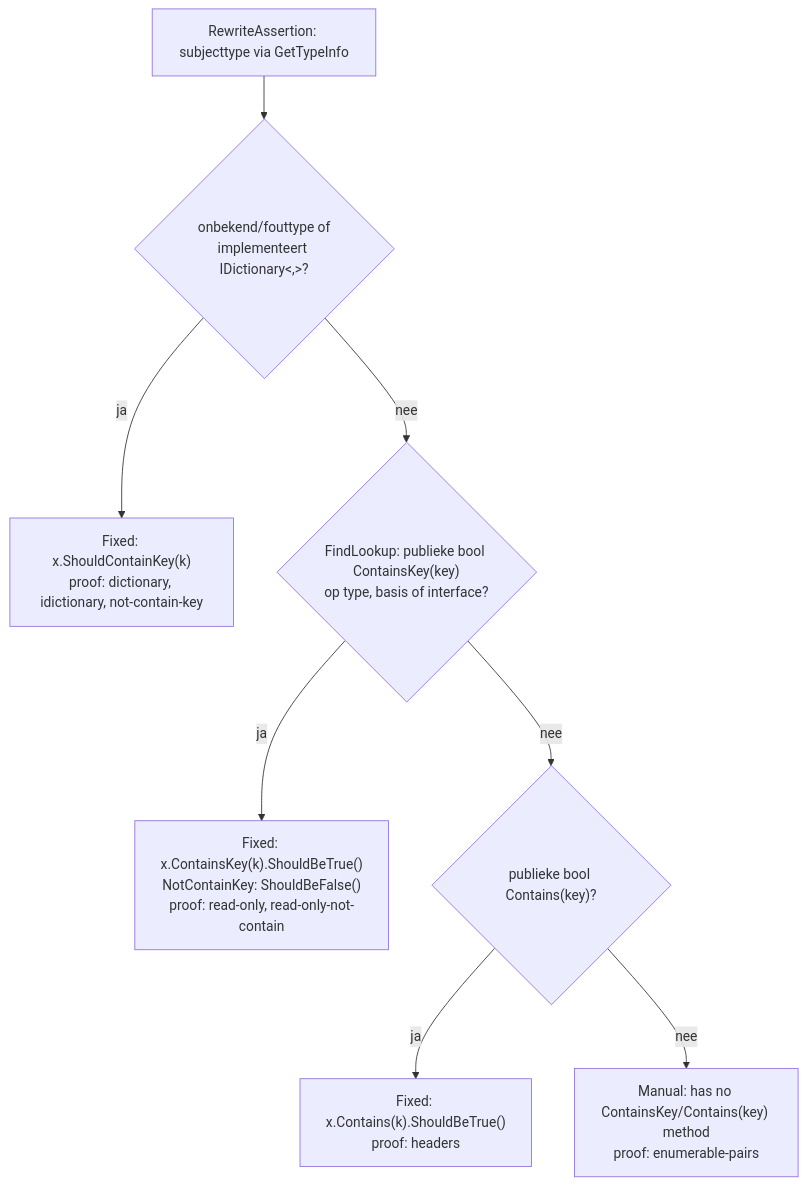
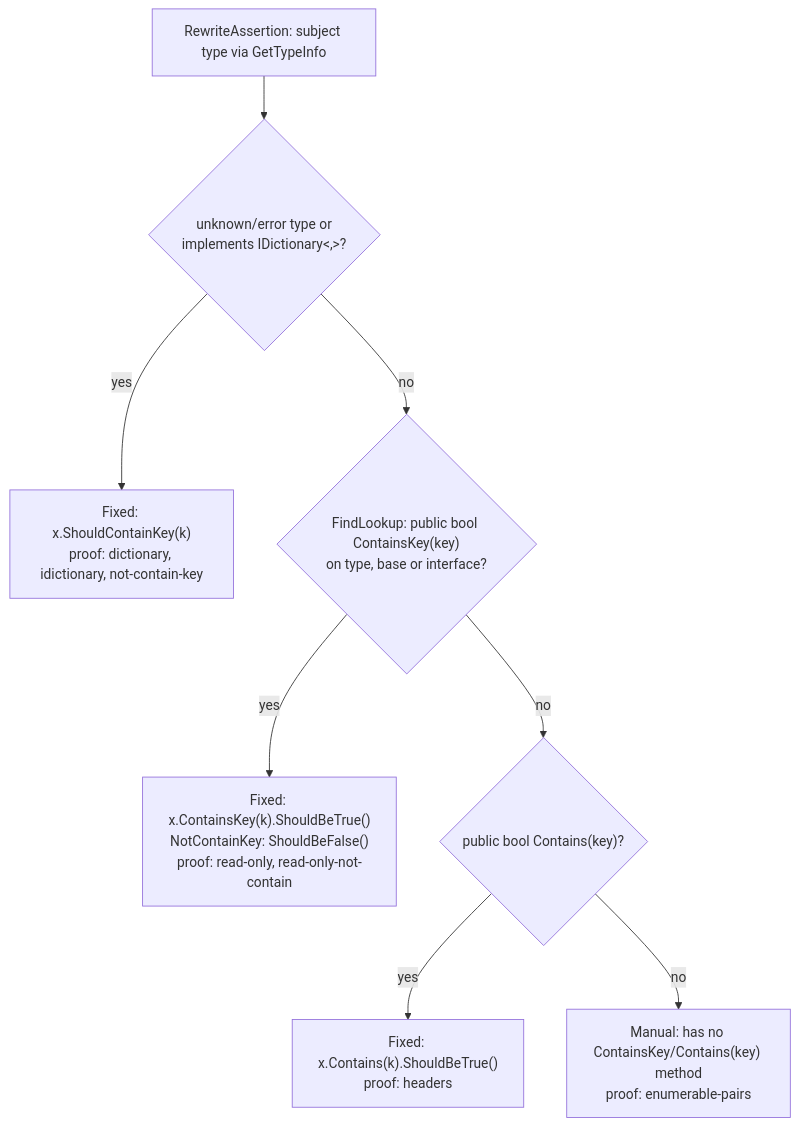
Before and after one commit to ATkingma/unshackle: the diagram in docs/projectinfo/patterns/fa-contain-key-modellen.md, drawn with Mermaid. The commit also changed other lines of this file and 415 other files, not shown here.

````diff
--- a/docs/projectinfo/patterns/fa-contain-key-modellen.md
+++ b/docs/projectinfo/patterns/fa-contain-key-modellen.md
@@ -61,10 +61,10 @@
 ```mermaid
 flowchart TD
-    A["RewriteAssertion: subjecttype via GetTypeInfo"] --> B{"onbekend/fouttype of<br/>implementeert IDictionary&lt;,&gt;?"}
-    B -- ja --> C["Fixed: x.ShouldContainKey(k)<br/>proof: dictionary, idictionary, not-contain-key"]
-    B -- nee --> D{"FindLookup: publieke bool ContainsKey(key)<br/>op type, basis of interface?"}
-    D -- ja --> E["Fixed: x.ContainsKey(k).ShouldBeTrue()<br/>NotContainKey: ShouldBeFalse()<br/>proof: read-only, read-only-not-contain"]
-    D -- nee --> F{"publieke bool Contains(key)?"}
-    F -- ja --> G["Fixed: x.Contains(k).ShouldBeTrue()<br/>proof: headers"]
-    F -- nee --> H["Manual: has no ContainsKey/Contains(key) method<br/>proof: enumerable-pairs"]
+    A["RewriteAssertion: subject type via GetTypeInfo"] --> B{"unknown/error type or<br/>implements IDictionary&lt;,&gt;?"}
+    B -- yes --> C["Fixed: x.ShouldContainKey(k)<br/>proof: dictionary, idictionary, not-contain-key"]
+    B -- no --> D{"FindLookup: public bool ContainsKey(key)<br/>on type, base or interface?"}
+    D -- yes --> E["Fixed: x.ContainsKey(k).ShouldBeTrue()<br/>NotContainKey: ShouldBeFalse()<br/>proof: read-only, read-only-not-contain"]
+    D -- no --> F{"public bool Contains(key)?"}
+    F -- yes --> G["Fixed: x.Contains(k).ShouldBeTrue()<br/>proof: headers"]
+    F -- no --> H["Manual: has no ContainsKey/Contains(key) method<br/>proof: enumerable-pairs"]
 ```
````
